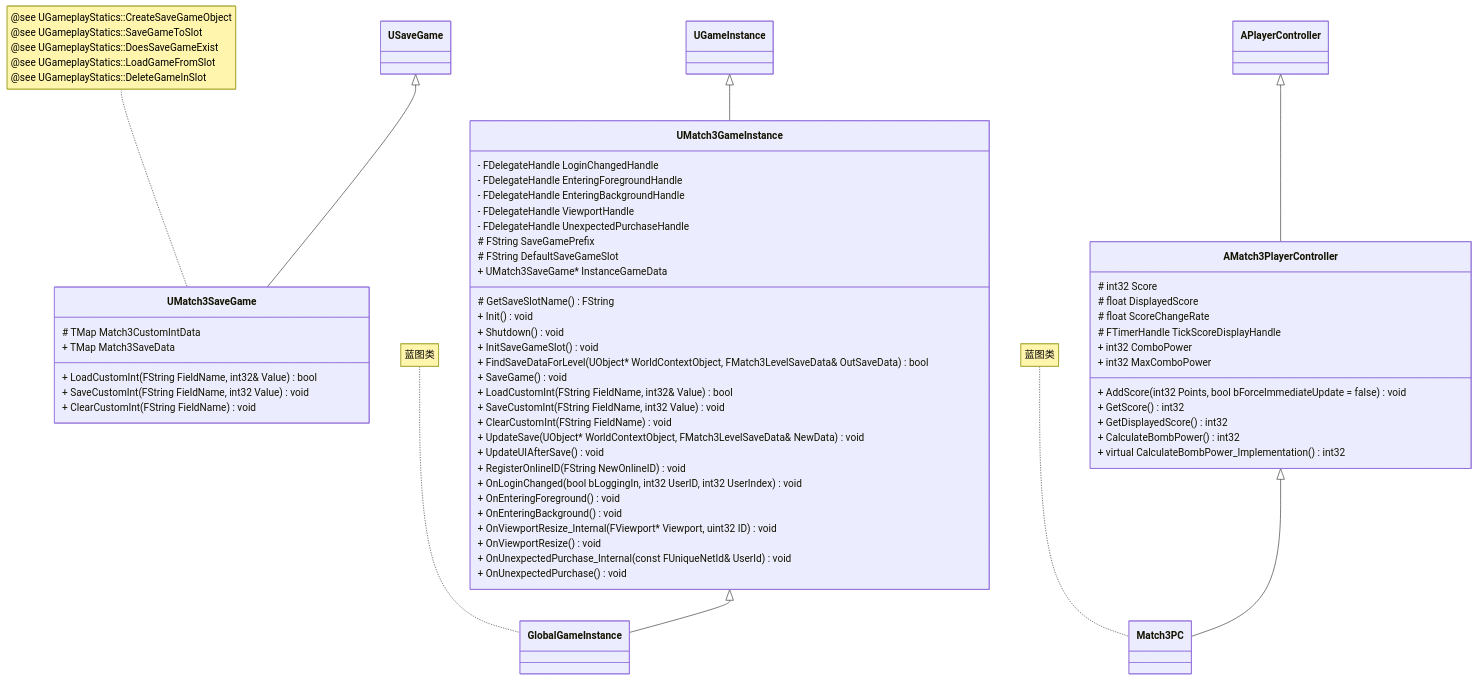
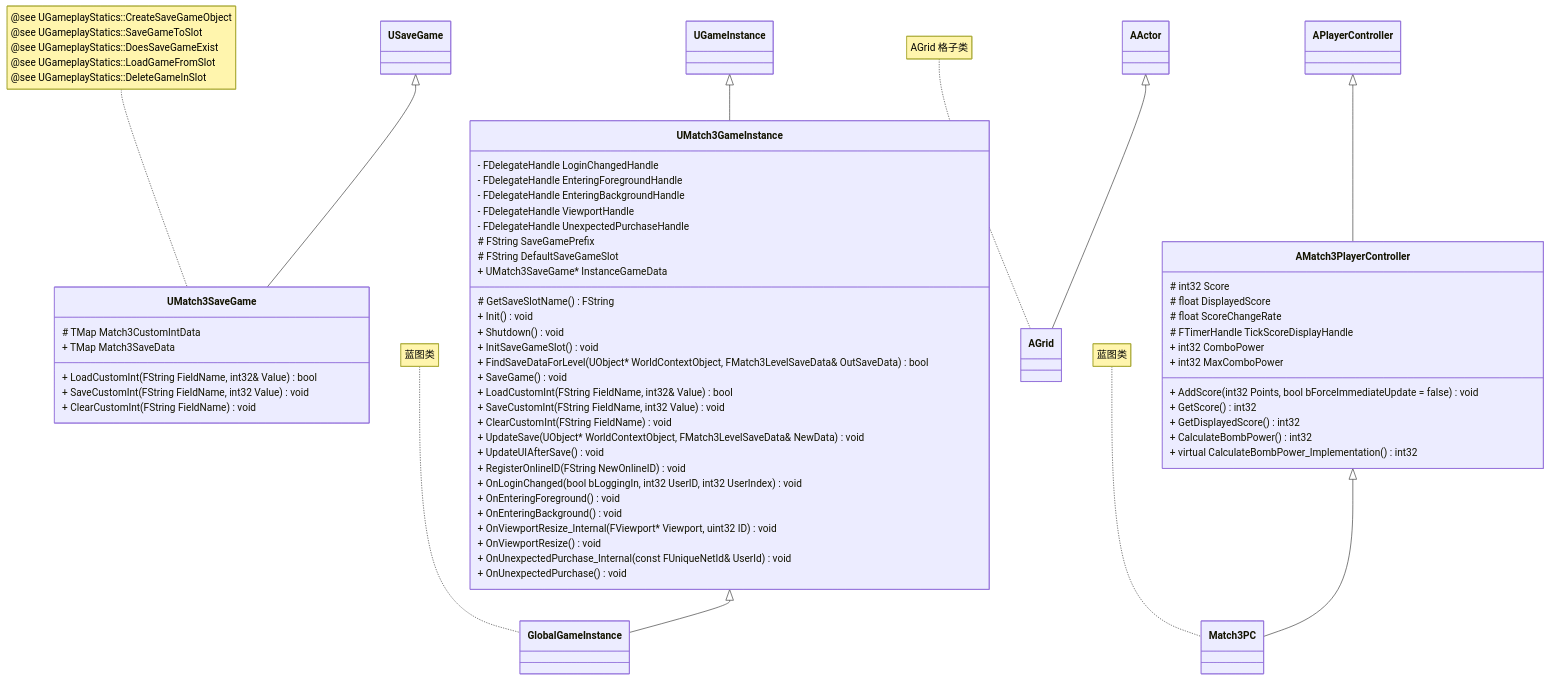
Before and after one commit to caodhuan/match3: the second of 2 diagrams in flow.md, drawn with Mermaid. The commit also changed other lines of this file and 45 other files, not shown here.

````diff
--- a/flow.md
+++ b/flow.md
@@ -57,74 +57,77 @@
 ```mermaid   
 classDiagram
 USaveGame <|-- UMatch3SaveGame
 class UMatch3SaveGame {
   # TMap<FString, int32> Match3CustomIntData
   + TMap<FString, FMatch3LevelSaveData> Match3SaveData
   + LoadCustomInt(FString FieldName, int32& Value) bool
   + SaveCustomInt(FString FieldName, int32 Value) void
   + ClearCustomInt(FString FieldName) void 
 } 
 note for UMatch3SaveGame  "
 @see UGameplayStatics::CreateSaveGameObject
 @see UGameplayStatics::SaveGameToSlot
 @see UGameplayStatics::DoesSaveGameExist
 @see UGameplayStatics::LoadGameFromSlot
 @see UGameplayStatics::DeleteGameInSlot
 "
 UGameInstance <|-- UMatch3GameInstance
 class UMatch3GameInstance {
   - FDelegateHandle LoginChangedHandle
   - FDelegateHandle EnteringForegroundHandle
   - FDelegateHandle EnteringBackgroundHandle
   - FDelegateHandle ViewportHandle
   - FDelegateHandle UnexpectedPurchaseHandle
   # FString SaveGamePrefix
   # FString DefaultSaveGameSlot
   + UMatch3SaveGame* InstanceGameData
 
   # GetSaveSlotName() FString
   + Init() void
   + Shutdown() void
   + InitSaveGameSlot() void
   + FindSaveDataForLevel(UObject* WorldContextObject, FMatch3LevelSaveData& OutSaveData) bool  
   + SaveGame() void
   + LoadCustomInt(FString FieldName, int32& Value) bool 
   + SaveCustomInt(FString FieldName, int32 Value) void   
   + ClearCustomInt(FString FieldName) void 
   + UpdateSave(UObject* WorldContextObject, FMatch3LevelSaveData& NewData) void
   + UpdateUIAfterSave() void
   + RegisterOnlineID(FString NewOnlineID) void
   + OnLoginChanged(bool bLoggingIn, int32 UserID, int32 UserIndex) void
   + OnEnteringForeground() void
   + OnEnteringBackground() void
   + OnViewportResize_Internal(FViewport* Viewport, uint32 ID) void
   + OnViewportResize() void
   + OnUnexpectedPurchase_Internal(const FUniqueNetId& UserId) void
   + OnUnexpectedPurchase() void
 }
 
 UMatch3GameInstance <|-- GlobalGameInstance
 note for GlobalGameInstance "蓝图类"
 
 
 APlayerController <|-- AMatch3PlayerController
 class AMatch3PlayerController {
   # int32 Score
   # float DisplayedScore
   # float ScoreChangeRate
   # FTimerHandle TickScoreDisplayHandle
 
   + int32 ComboPower
   + int32 MaxComboPower
   + AddScore(int32 Points, bool bForceImmediateUpdate = false) void
   + GetScore() int32
   + GetDisplayedScore() int32
   + CalculateBombPower() int32
   + virtual CalculateBombPower_Implementation() int32
 
 }
 
 AMatch3PlayerController <|-- Match3PC
 note for Match3PC "蓝图类"
 
+AActor <|-- AGrid
+note for AGrid "AGrid 格子类"
+
 ```
````
